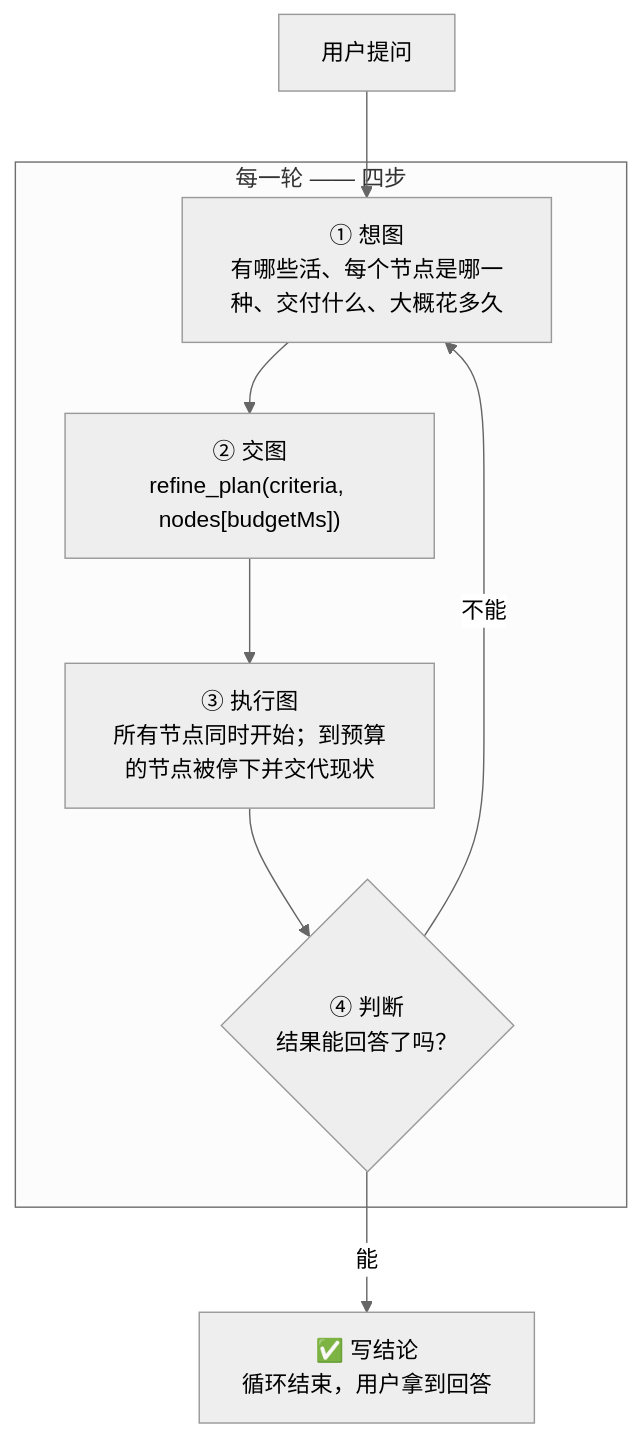
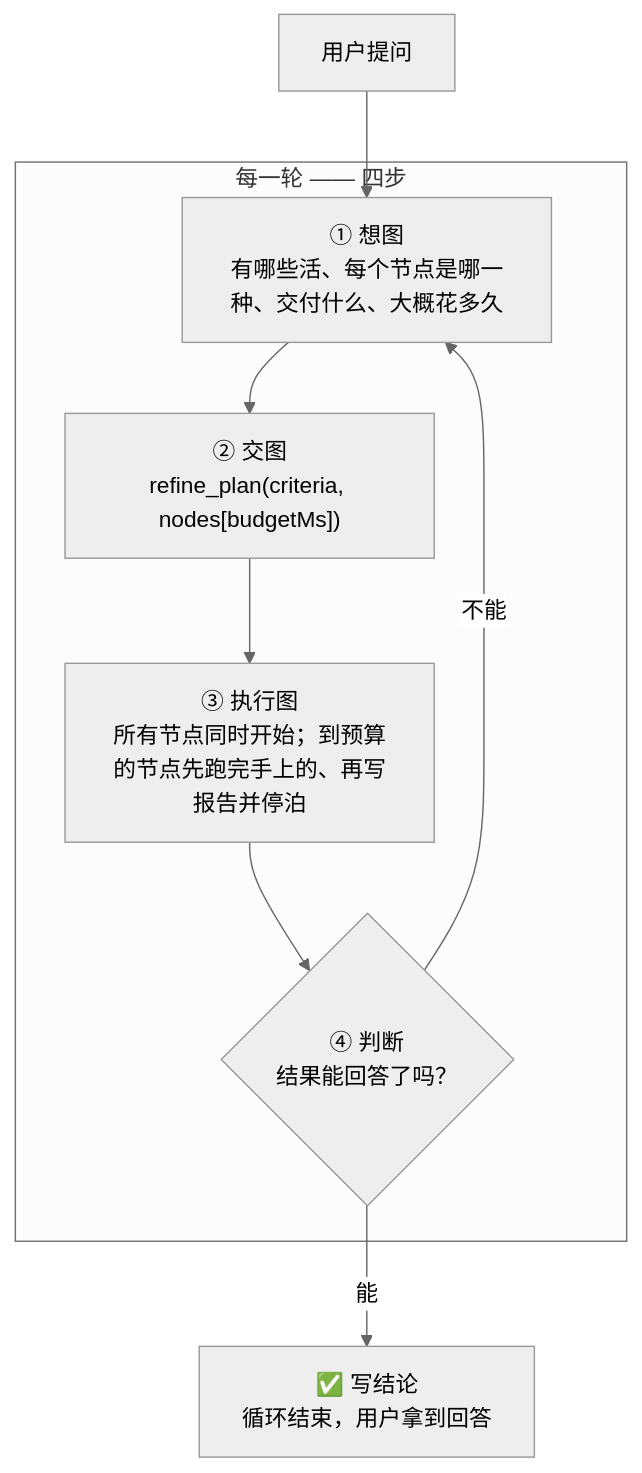
Before and after one commit to zyn19940107/dsh-conductor: the second of 4 diagrams in README.md, drawn with Mermaid (neutral theme). The commit also changed other lines of this file and 163 other files, not shown here.

````diff
--- a/README.md
+++ b/README.md
@@ -53,13 +53,13 @@
 ```mermaid
 flowchart TD
     U["用户提问"] --> R1
 
     subgraph ROUND["每一轮 —— 四步"]
       R1["① 想图<br/>有哪些活、每个节点是哪一种、交付什么、大概花多久"] --> R2["② 交图<br/>refine_plan(criteria, nodes[budgetMs])"]
-      R2 --> R3["③ 执行图<br/>所有节点同时开始；到预算的节点被停下并交代现状"]
+      R2 --> R3["③ 执行图<br/>所有节点同时开始；到预算的节点先跑完手上的、再写报告并停泊"]
       R3 --> R4{"④ 判断<br/>结果能回答了吗？"}
     end
 
     R4 -->|"能"| DONE["✅ 写结论<br/>循环结束，用户拿到回答"]
     R4 -->|"不能"| R1
 ```
````
